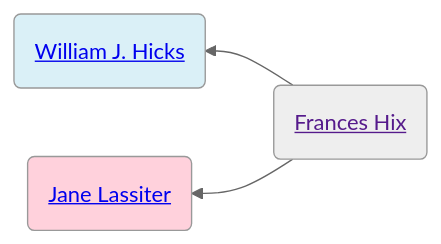
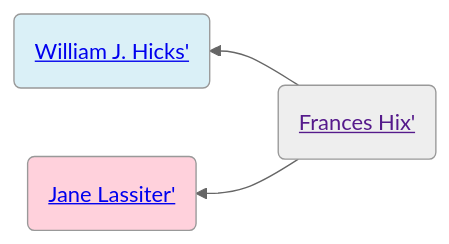
One commit to neelsmith/avocational changed the first of 2 diagrams in familyhistory/sources/people/Randolph_county_lines/Hicks/Frances_Hix.qmd. Above: the diagram before and after it, drawn with Mermaid (neutral theme). The commit also changed other lines of this file and 102 other files, not shown here.

````diff
--- a/familyhistory/sources/people/Randolph_county_lines/Hicks/Frances_Hix.qmd
+++ b/familyhistory/sources/people/Randolph_county_lines/Hicks/Frances_Hix.qmd
@@ -30,12 +30,12 @@
 ```{mermaid}
 graph RL
 %% RL ancestor diagram
-Frances_Hix(<a href=''>Frances Hix</>) -->  William_J._Hicks(<a href='./William_J._Hicks.html'>William J. Hicks</>)
+Frances_Hix(<a href=''>Frances Hix'</>) -->  William_J._Hicks(<a href='./William_J._Hicks.html'>William J. Hicks'</>)
 class William_J._Hicks father
-Frances_Hix(<a href=''>Frances Hix</>)  --> Jane_Lassiter(<a href='./../Lassiter/Jane_Lassiter.html'>Jane Lassiter</>)
+Frances_Hix(<a href=''>Frances Hix'</>)  --> Jane_Lassiter(<a href='./../Lassiter/Jane_Lassiter.html'>Jane Lassiter'</>)
 class Jane_Lassiter mother
 classDef mother fill:#ffd1dc
 classDef father fill:#daf0f7  
 classDef marriage fill:#ffffff
 
 ```
````
